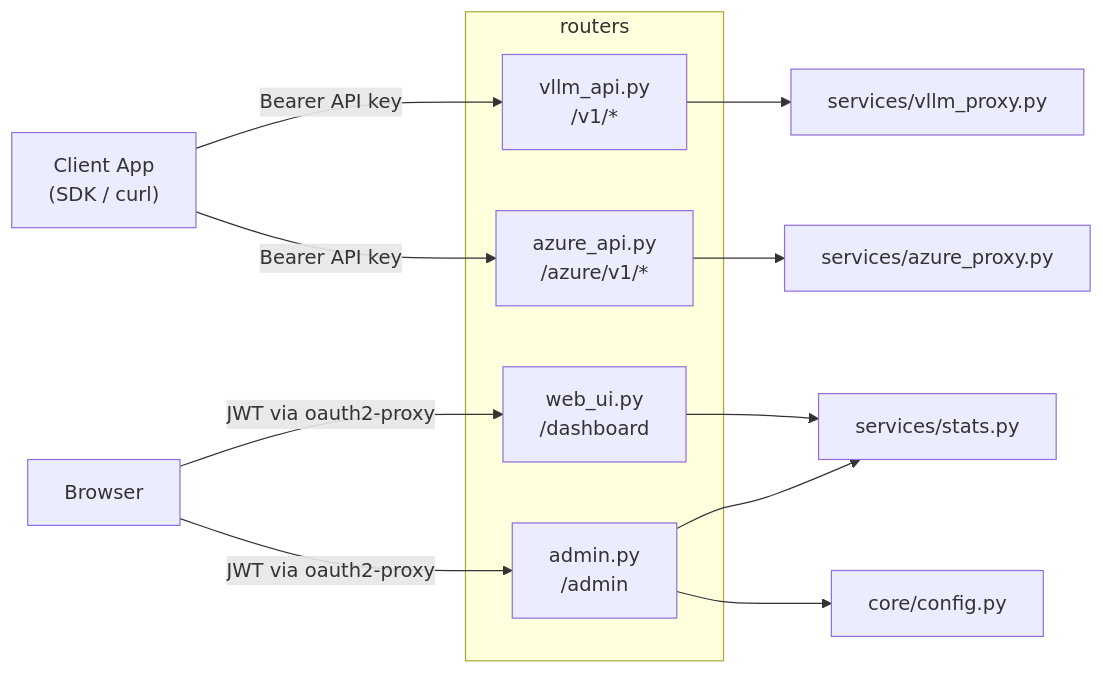
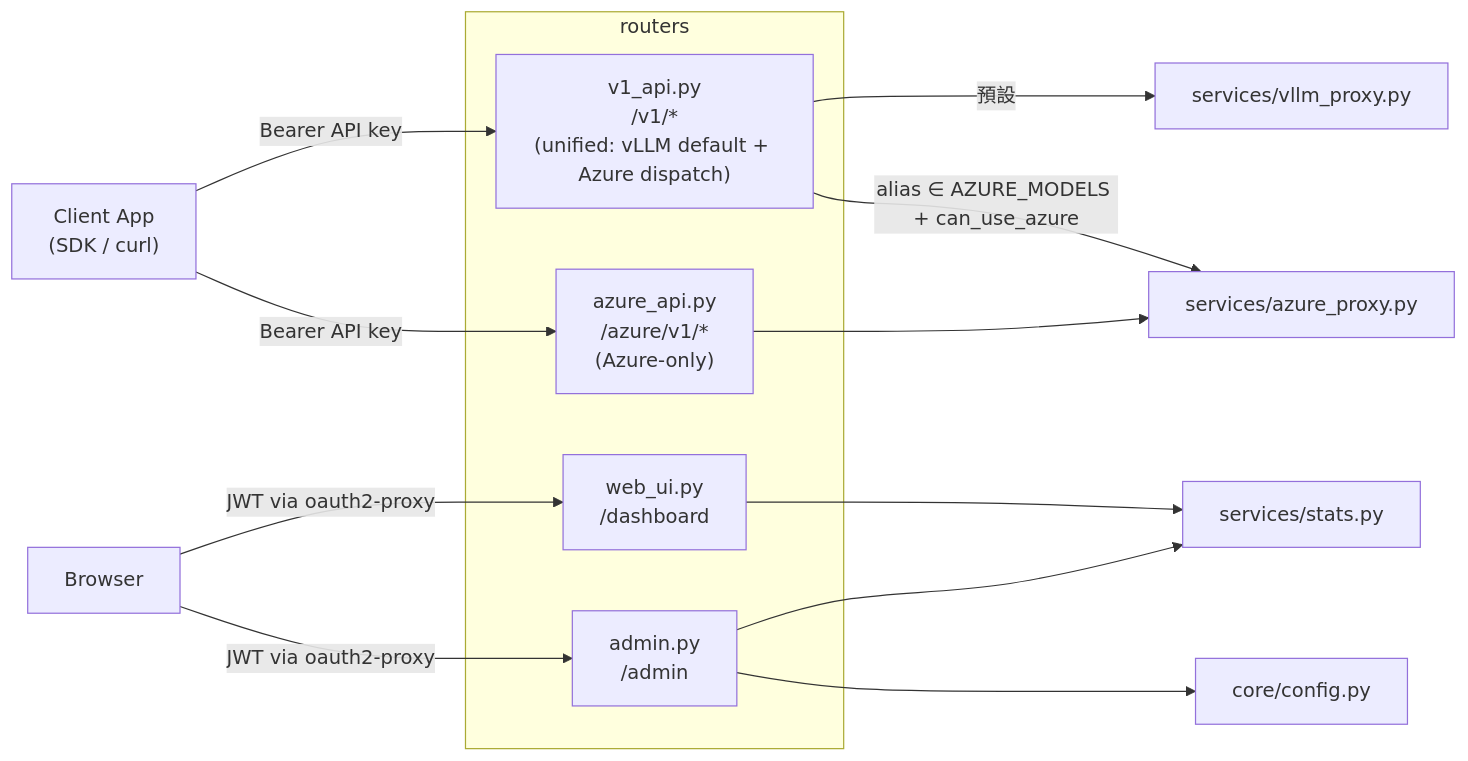
The first of 2 diagrams in app/routers/README.zh-TW.md (bwinken/llm-gateway), drawn with Mermaid before and after one commit. The commit also changed other lines of this file and 16 other files, not shown here.

````diff
--- a/app/routers/README.zh-TW.md
+++ b/app/routers/README.zh-TW.md
@@ -9,20 +9,21 @@
 ```mermaid
 graph LR
-    Client["Client App<br/>(SDK / curl)"] -->|Bearer API key| vllm_api
+    Client["Client App<br/>(SDK / curl)"] -->|Bearer API key| v1_api
     Client -->|Bearer API key| azure_api
     Browser["Browser"] -->|JWT via oauth2-proxy| web_ui
     Browser -->|JWT via oauth2-proxy| admin
 
     subgraph routers
-        vllm_api["vllm_api.py<br/>/v1/*"]
-        azure_api["azure_api.py<br/>/azure/v1/*"]
+        v1_api["v1_api.py<br/>/v1/*<br/>(unified: vLLM default + Azure dispatch)"]
+        azure_api["azure_api.py<br/>/azure/v1/*<br/>(Azure-only)"]
         web_ui["web_ui.py<br/>/dashboard"]
         admin["admin.py<br/>/admin"]
     end
 
-    vllm_api --> vllm_proxy["services/vllm_proxy.py"]
-    azure_api --> azure_proxy["services/azure_proxy.py"]
+    v1_api -->|預設| vllm_proxy["services/vllm_proxy.py"]
+    v1_api -->|alias ∈ AZURE_MODELS + can_use_azure| azure_proxy["services/azure_proxy.py"]
+    azure_api --> azure_proxy
     web_ui --> stats["services/stats.py"]
     admin --> stats
     admin --> config["core/config.py"]
 ```
````
